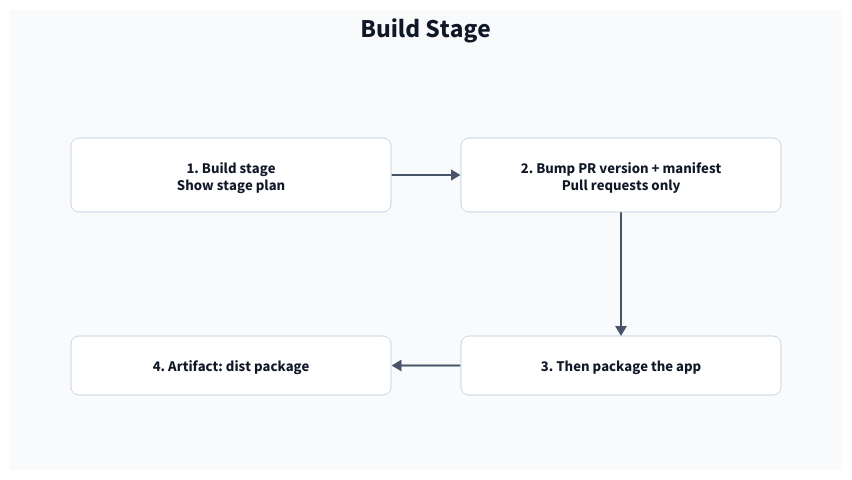
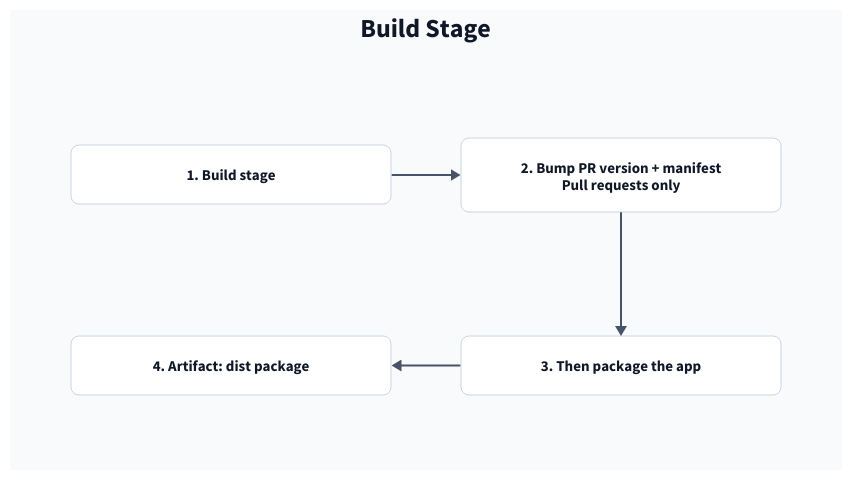
Before and after one commit to dryvist/azure-pipelines-splunk-apps: the diagram in wiki/diagrams/build-stage.d2, drawn with D2. The commit also changed 11 other files, not shown here.

First line of the commit message:
refactor: remove the stage plan step and the release.py plan command (#163)

```diff
--- a/wiki/diagrams/build-stage.d2
+++ b/wiki/diagrams/build-stage.d2
@@ -1,87 +1,87 @@
 vars: {
   canvas: "#F8FAFC"
   surface: "#FFFFFF"
   boundary-surface: "#F1F5F9"
   text: "#101828"
   muted: "#475467"
   border: "#CBD5E1"
   accent: "#0054A3"
   accent-surface: "#EFF6FF"
   warm: "#B54708"
   warm-surface: "#FFF7ED"
   d2-config: {theme-id: 0; layout-engine: elk; pad: 32; sketch: false}
 }
 style.fill: ${canvas}
 
 classes: {
   title: {shape: text; style: {font-color: ${text}; font-size: 26; bold: true}}
   subtitle: {shape: text; style: {font-color: ${muted}; font-size: 15}}
   columns: {style: {fill: transparent; stroke: transparent}}
   boundary: {
     style: {
       fill: ${boundary-surface}
       stroke: ${border}
       font-color: ${text}
       font-size: 20
       stroke-width: 1
       border-radius: 8
     }
   }
   group: {
     style: {
       fill: ${surface}
       stroke: ${border}
       font-color: ${muted}
       font-size: 16
       stroke-width: 1
       border-radius: 8
     }
   }
   card: {
     width: 250
     style: {
       fill: ${surface}
       stroke: ${border}
       font-color: ${text}
       font-size: 15
       stroke-width: 1
       border-radius: 8
     }
   }
   card-2: {width: 505}
   card-3: {width: 330}
   emphasis: {style: {fill: ${accent-surface}; stroke: ${accent}; stroke-width: 2}}
   exception: {style: {fill: ${warm-surface}; stroke: ${warm}; stroke-width: 2}}
   ghost: {style: {fill: transparent; stroke: ${muted}; stroke-dash: 5; font-color: ${muted}}}
   caption: {shape: text; style: {font-color: ${muted}; font-size: 15}}
   link: {style: {stroke: ${muted}; stroke-width: 2; font-color: ${muted}; font-size: 14}}
   link-emphasis: {style: {stroke: ${accent}; stroke-width: 2; font-color: ${muted}; font-size: 14}}
   link-exception: {style: {stroke: ${warm}; stroke-width: 2; font-color: ${muted}; font-size: 14}}
   link-planned: {style: {stroke: ${muted}; stroke-width: 2; stroke-dash: 5; font-color: ${muted}; font-size: 14}}
 }
 
 
 title: "Build Stage" {class: title; near: top-center}
 
 page: "" {
   class: columns
   grid-columns: 1
   grid-gap: 10
   vertical-gap: 24
 
   first: "" {
     class: columns
     direction: right
-    build: "1. Build stage\nShow stage plan" {class: card; width: 320}
+    build: "1. Build stage" {class: card; width: 320}
     bump: "2. Bump PR version + manifest\nPull requests only" {class: card; width: 320}
     build -> bump: {class: link}
   }
   second: "" {
     class: columns
     direction: left
     package: "3. Then package the app" {class: card; width: 320}
     dist: "4. Artifact: dist package" {class: card; width: 320}
     package -> dist: {class: link}
   }
   first.bump -> second.package: {class: link}
 }
```
